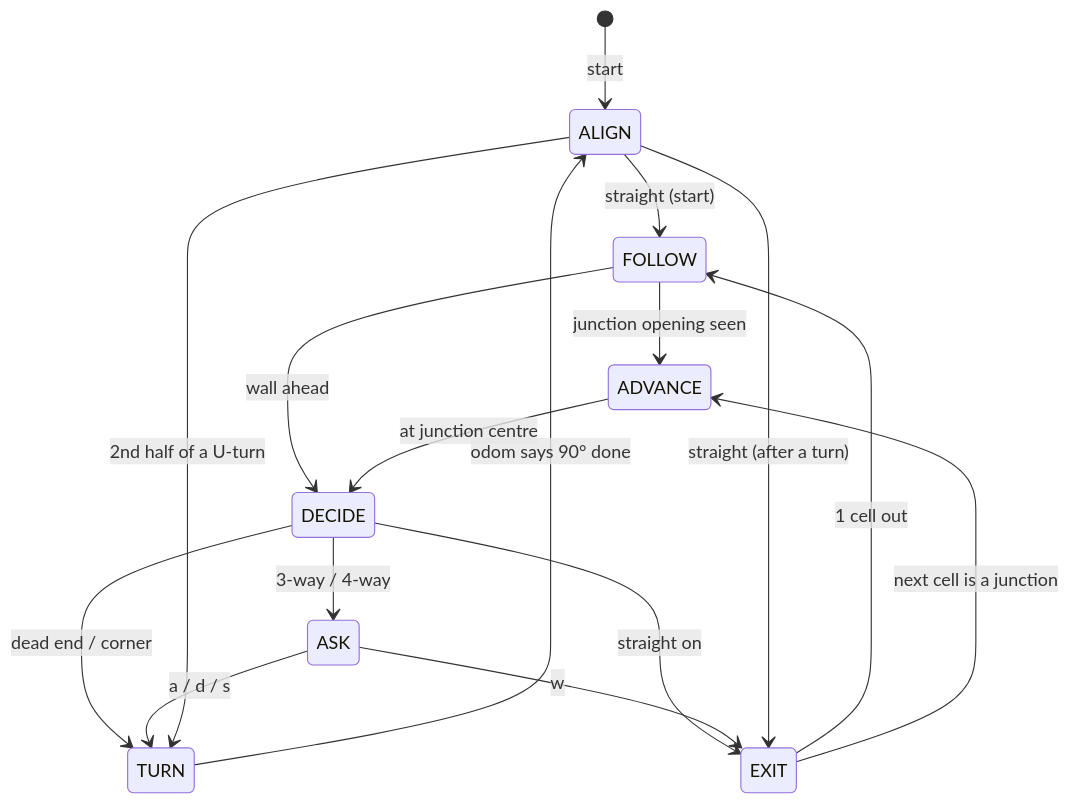
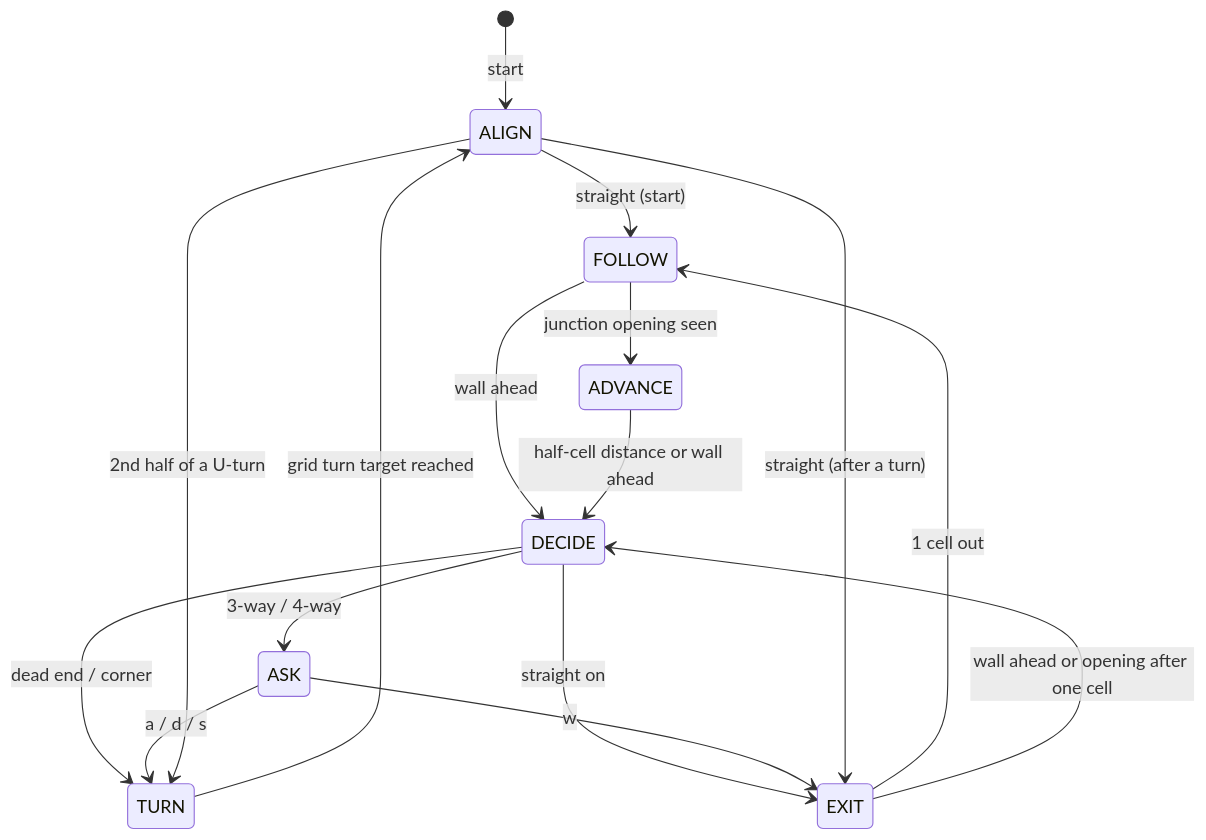
Before and after one commit to Peatty45113/Microros-X---Maze-Map-Solving-Exploration-Part: the second of 2 diagrams in README.md, drawn with Mermaid. The commit also changed other lines of this file, not shown here.

````diff
--- a/README.md
+++ b/README.md
@@ -133,18 +133,18 @@
 ```mermaid
 stateDiagram-v2
     [*] --> ALIGN: start
     ALIGN --> FOLLOW: straight (start)
     FOLLOW --> ADVANCE: junction opening seen
     FOLLOW --> DECIDE: wall ahead
-    ADVANCE --> DECIDE: at junction centre
+    ADVANCE --> DECIDE: half-cell distance or wall ahead
     DECIDE --> ASK: 3-way / 4-way
     DECIDE --> TURN: dead end / corner
     DECIDE --> EXIT: straight on
     ASK --> TURN: a / d / s
     ASK --> EXIT: w
-    TURN --> ALIGN: odom says 90° done
+    TURN --> ALIGN: grid turn target reached
     ALIGN --> EXIT: straight (after a turn)
     ALIGN --> TURN: 2nd half of a U-turn
     EXIT --> FOLLOW: 1 cell out
-    EXIT --> ADVANCE: next cell is a junction
+    EXIT --> DECIDE: wall ahead or opening after one cell
 ```
````
